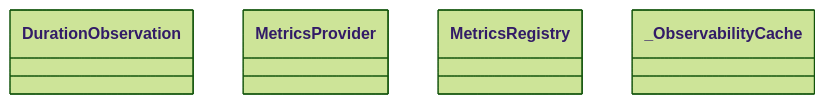
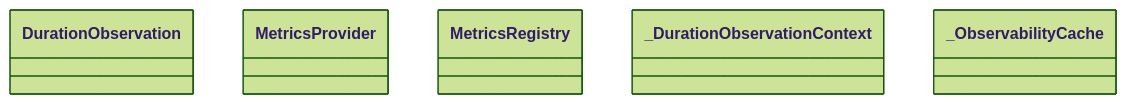
One commit to paul-heyse/kgforge changed the first of 2 diagrams in docs/modules/kgfoundry_common/observability.md. Above: the diagram before and after it, drawn with Mermaid (forest theme). The commit also changed other lines of this file and 118 other files, not shown here.

````diff
--- a/docs/modules/kgfoundry_common/observability.md
+++ b/docs/modules/kgfoundry_common/observability.md
@@ -64,7 +66,8 @@
 ```mermaid
 classDiagram
     class DurationObservation
     class MetricsProvider
     class MetricsRegistry
+    class _DurationObservationContext
     class _ObservabilityCache
 ```
````
